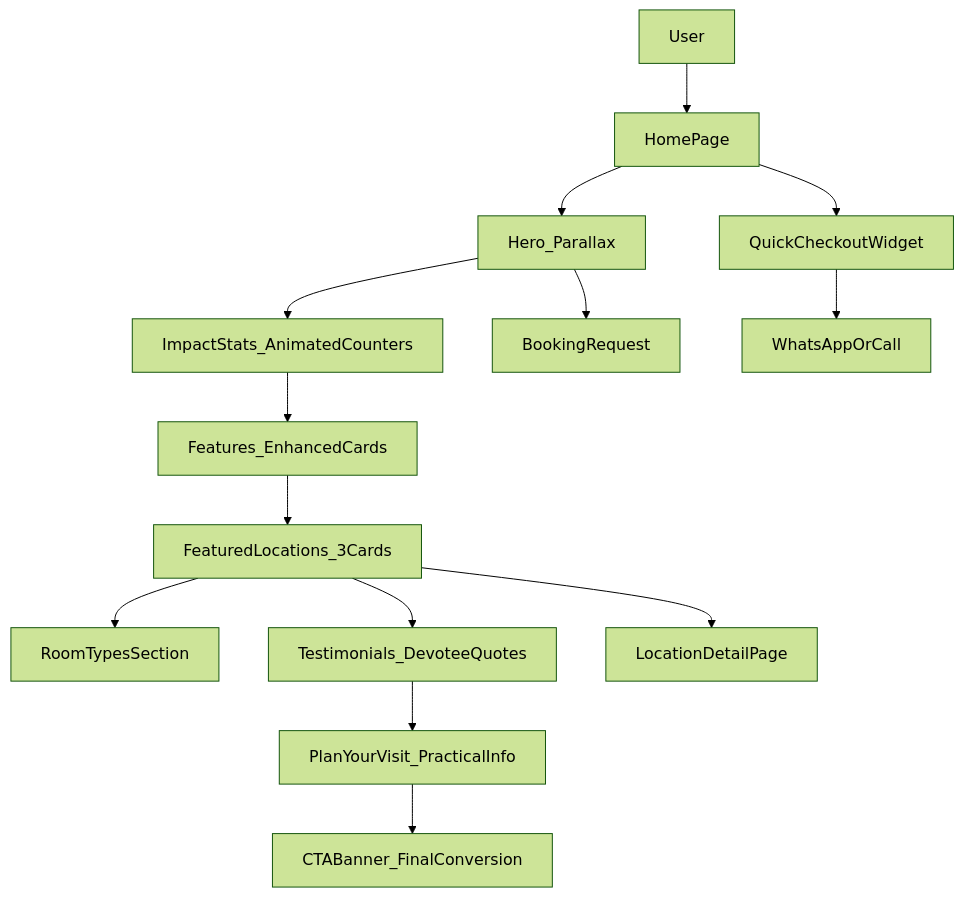
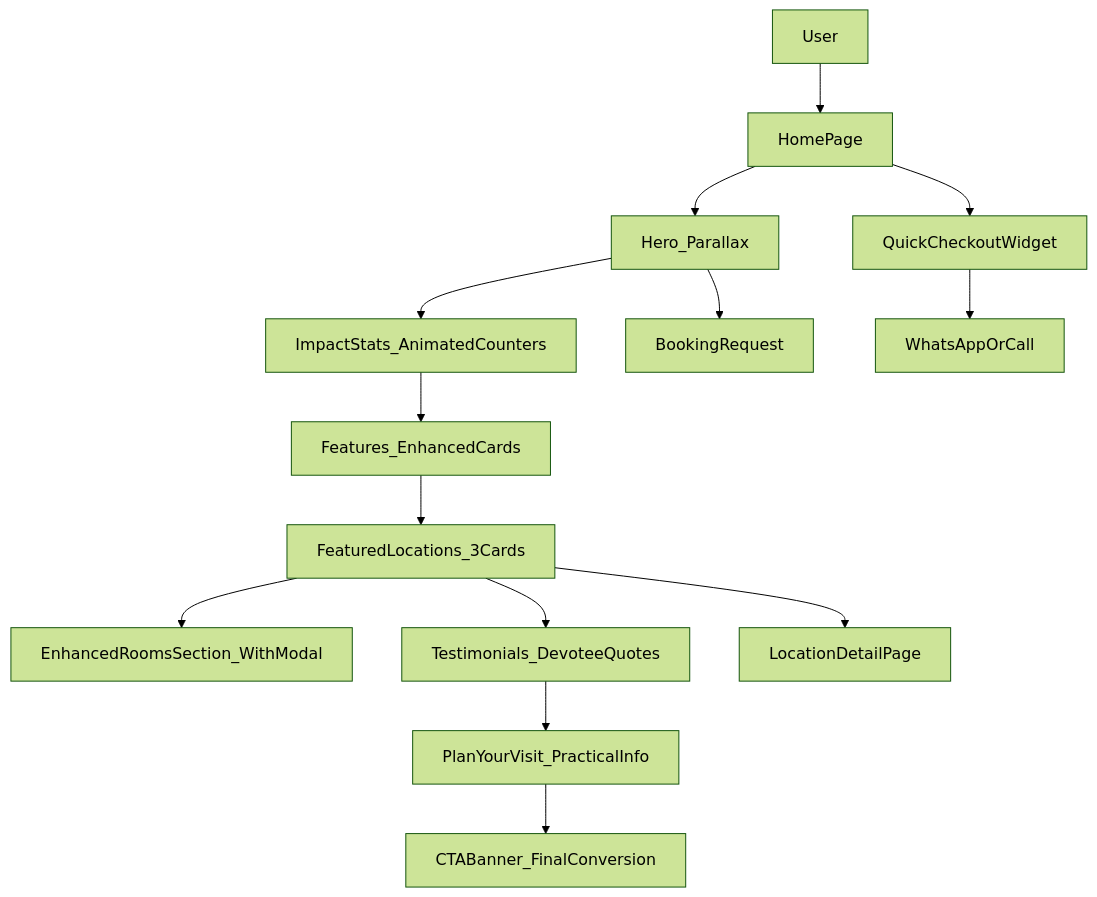
One commit to AmanVatsSharma/Gajanan-Maharaj-Sansthan changed the diagram in src/features/info/MODULE_DOC.md. Above: the diagram before and after it, drawn with Mermaid (forest theme). The commit also changed other lines of this file and 23 other files, not shown here.

Commit message:
Add new room images and pricing data for EnhancedRoomsSection. Update modal overlay styles in globals.css. Replace "Gan Gan Ganaat Bote" with "Jai Gajanan Maharaj" in various components for consistency.

````diff
--- a/src/features/info/MODULE_DOC.md
+++ b/src/features/info/MODULE_DOC.md
@@ -29,16 +31,16 @@
 ```mermaid
 flowchart TD
   user[User] --> home[HomePage]
   home --> hero[Hero_Parallax]
   home --> quickCheckout[QuickCheckoutWidget]
   hero --> stats[ImpactStats_AnimatedCounters]
   stats --> features[Features_EnhancedCards]
   features --> locations[FeaturedLocations_3Cards]
-  locations --> rooms[RoomTypesSection]
+  locations --> rooms[EnhancedRoomsSection_WithModal]
   locations --> testimonials[Testimonials_DevoteeQuotes]
   testimonials --> visit[PlanYourVisit_PracticalInfo]
   visit --> cta[CTABanner_FinalConversion]
   hero --> booking[BookingRequest]
   quickCheckout --> contact[WhatsAppOrCall]
   locations --> locationDetail[LocationDetailPage]
 ```
````
